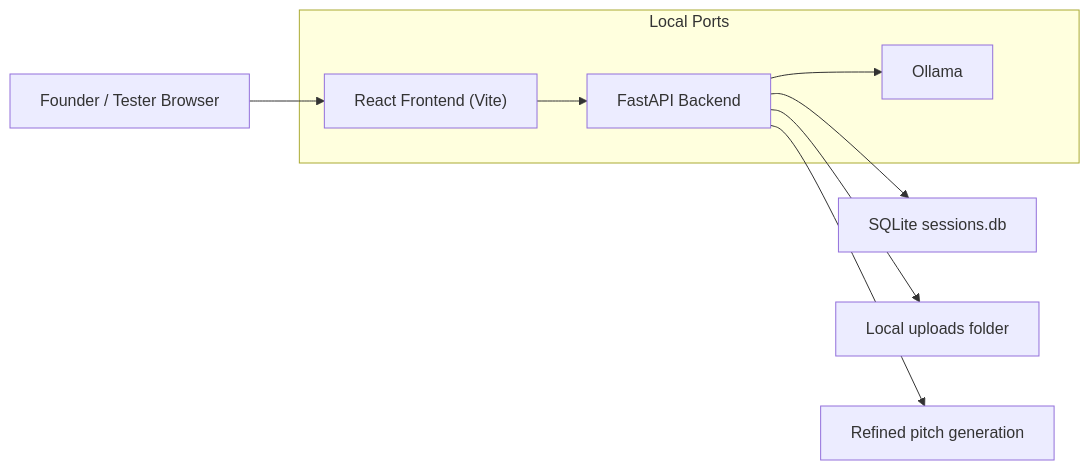
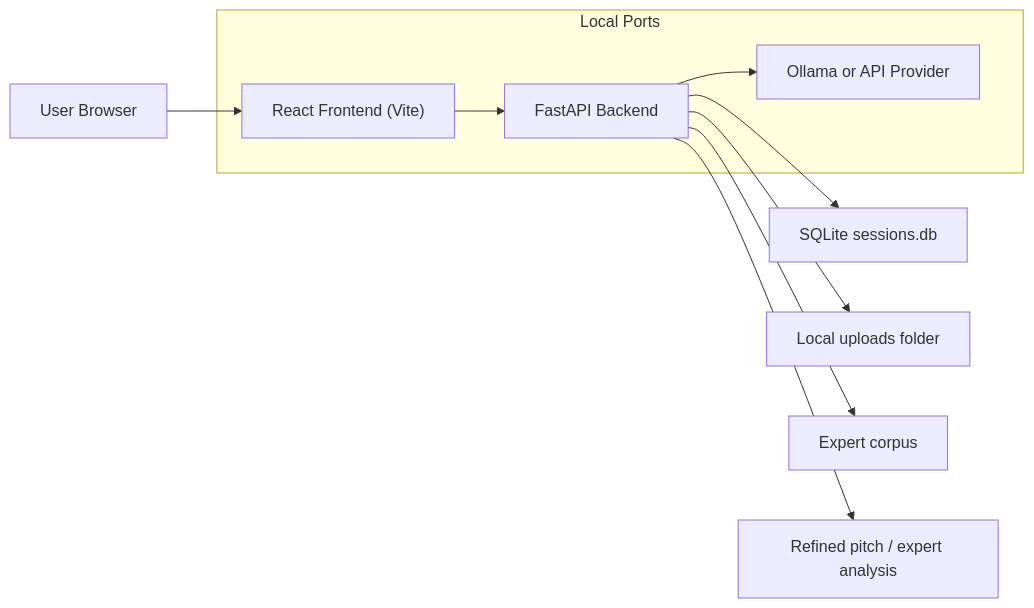
The first of 6 diagrams in docs/ARCHITECTURE.md (saimihirj/Sift), drawn with Mermaid before and after one commit. The commit also changed other lines of this file and 3 other files, not shown here.

````diff
--- a/docs/ARCHITECTURE.md
+++ b/docs/ARCHITECTURE.md
@@ -33,15 +33,16 @@
 ```mermaid
 flowchart LR
-    U["Founder / Tester Browser"] --> F["React Frontend (Vite)"]
+    U["User Browser"] --> F["React Frontend (Vite)"]
     F --> A["FastAPI Backend"]
-    A --> M["Ollama"]
+    A --> M["Ollama or API Provider"]
     A --> S["SQLite sessions.db"]
     A --> UPL["Local uploads folder"]
-    A --> O["Refined pitch generation"]
+    A --> KB["Expert corpus"]
+    A --> O["Refined pitch / expert analysis"]
 
     subgraph Local Ports
       F
       A
       M
     end
 ```
````
